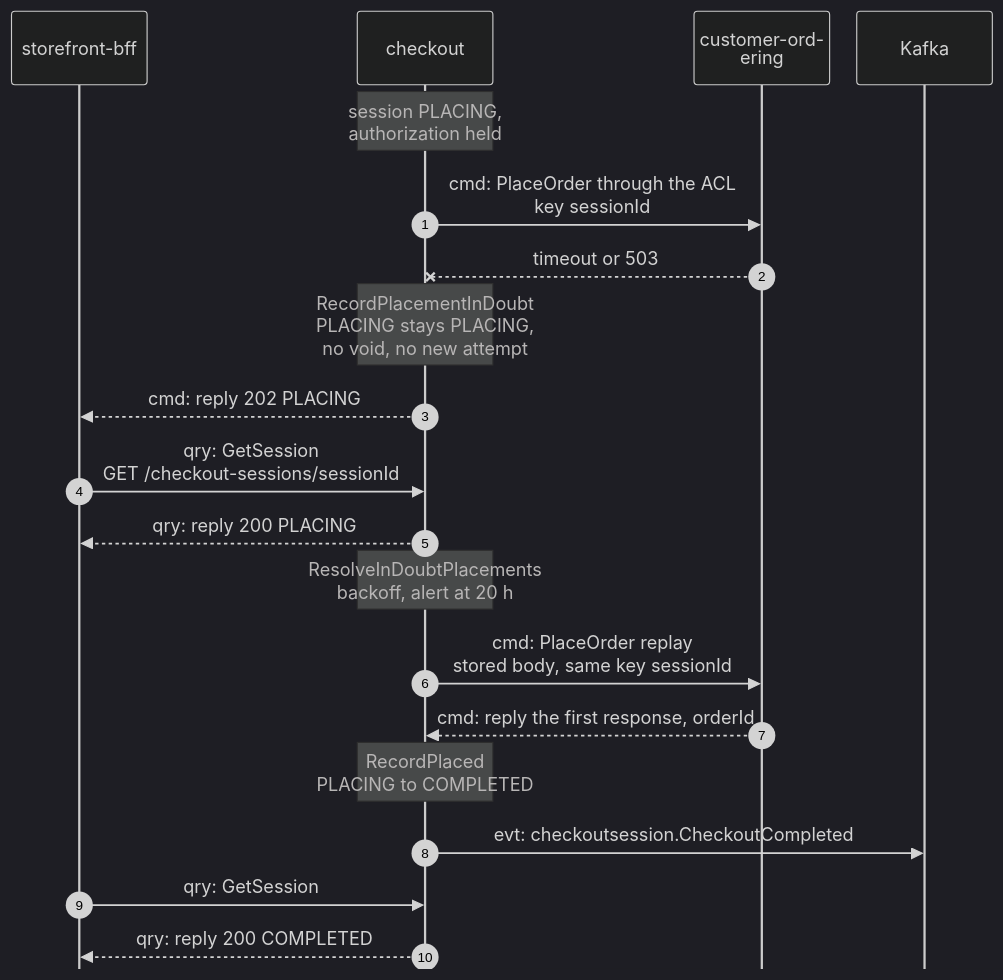
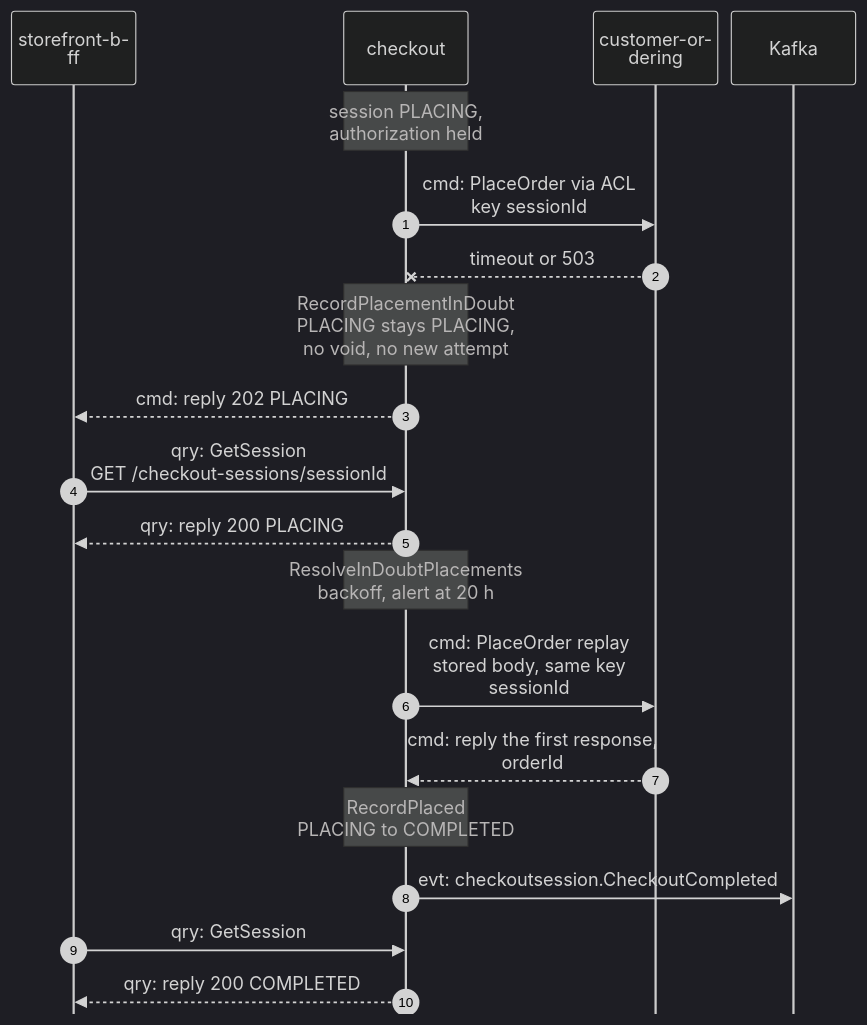
Before and after one commit to IQVO/warehouse-docs: the fifth of 5 diagrams in storefront/docs/contexts/checkout/domain-message-flow.md, drawn with Mermaid (dark theme). The commit also changed other lines of this file and 1 other file, not shown here.

Commit message:
docs(storefront): checkout pack diagram widths

````diff
--- a/storefront/docs/contexts/checkout/domain-message-flow.md
+++ b/storefront/docs/contexts/checkout/domain-message-flow.md
@@ -189,23 +189,23 @@
 ```mermaid
-%%{init: {"sequence": {"wrap": true, "width": 120, "actorMargin": 24, "messageMargin": 28, "boxMargin": 6, "noteMargin": 6, "mirrorActors": false}}}%%
+%%{init: {"sequence": {"wrap": true, "width": 110, "actorMargin": 12, "messageMargin": 28, "boxMargin": 6, "noteMargin": 6, "mirrorActors": false}}}%%
 sequenceDiagram
     autonumber
     participant BFF as storefront-bff
     participant CK as checkout
     participant CO as customer-ordering
     participant K as Kafka
     Note over CK: session PLACING,<br/>authorization held
-    CK->>CO: cmd: PlaceOrder through the ACL<br/>key sessionId
+    CK->>CO: cmd: PlaceOrder via ACL<br/>key sessionId
     CO--xCK: timeout or 503
     Note over CK: RecordPlacementInDoubt<br/>PLACING stays PLACING,<br/>no void, no new attempt
     CK-->>BFF: cmd: reply 202 PLACING
     BFF->>CK: qry: GetSession<br/>GET /checkout-sessions/sessionId
     CK-->>BFF: qry: reply 200 PLACING
     Note over CK: ResolveInDoubtPlacements<br/>backoff, alert at 20 h
     CK->>CO: cmd: PlaceOrder replay<br/>stored body, same key sessionId
     CO-->>CK: cmd: reply the first response, orderId
     Note over CK: RecordPlaced<br/>PLACING to COMPLETED
     CK->>K: evt: checkoutsession.CheckoutCompleted
     BFF->>CK: qry: GetSession
     CK-->>BFF: qry: reply 200 COMPLETED
 ```
````
